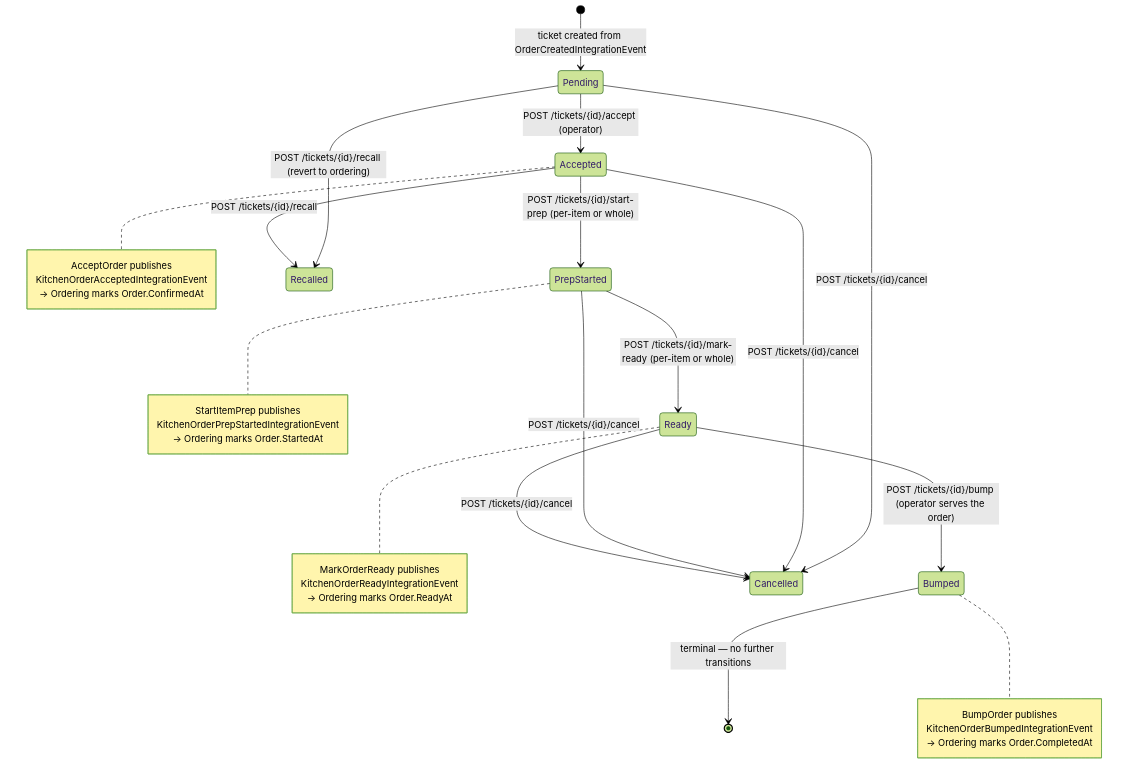
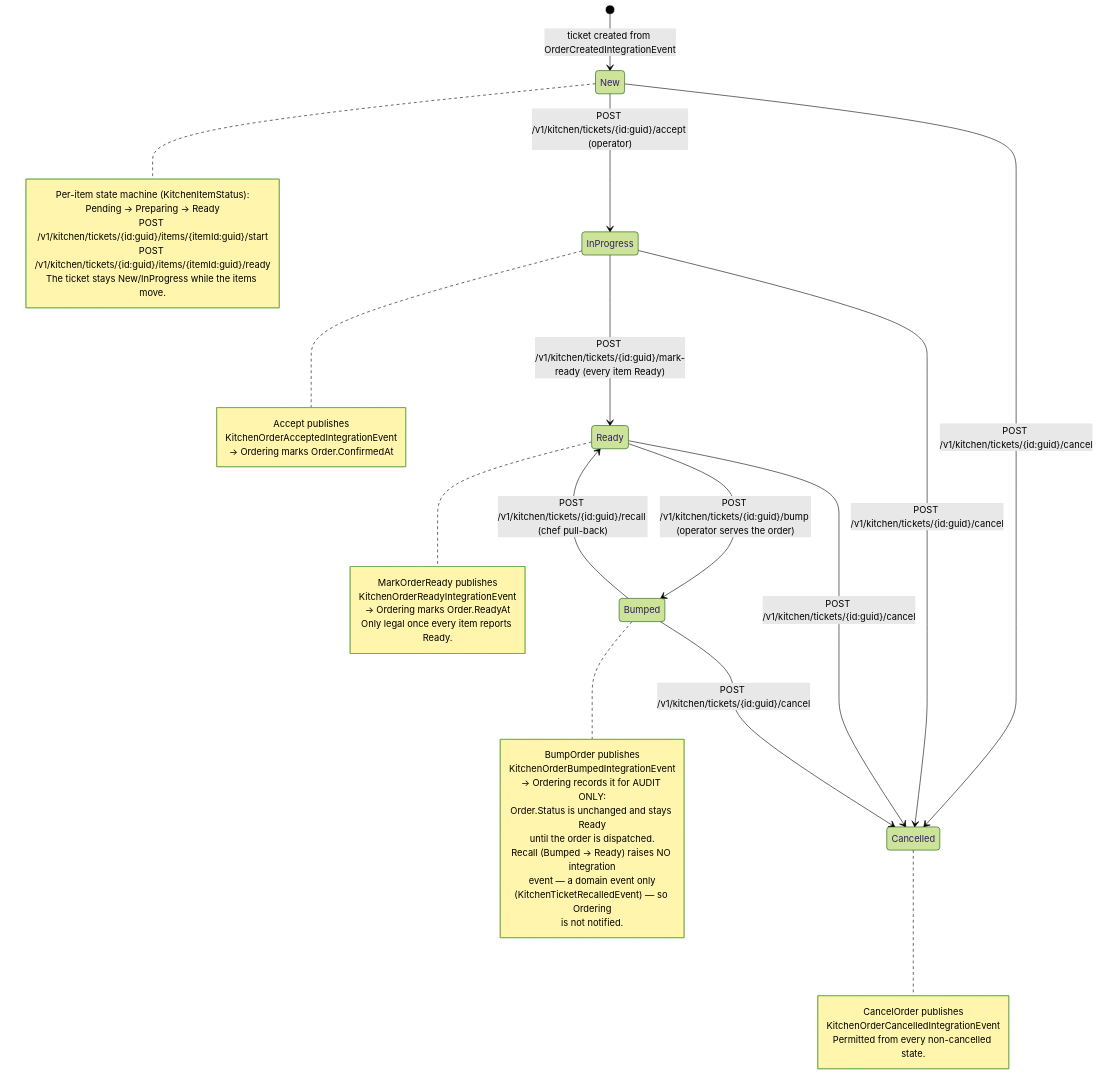
The diagram in orderly-microservices/Orderly.DevMCP.Server/resources/flows/kitchen-order-lifecycle.mmd (omartinez94/OrderlyMicroservices), drawn with Mermaid (forest theme) before and after one commit. The commit also changed 27 other files, not shown here.

```diff
--- a/orderly-microservices/Orderly.DevMCP.Server/resources/flows/kitchen-order-lifecycle.mmd
+++ b/orderly-microservices/Orderly.DevMCP.Server/resources/flows/kitchen-order-lifecycle.mmd
@@ -1,46 +1,67 @@
-%% Kitchen order lifecycle — KitchenTicket state machine triggered by
-%% the operator UI. Each transition publishes an IntegrationEvent
-%% that Ordering consumes to advance the parent Order status.
+%% Kitchen order lifecycle — the KitchenTicket state machine. Every
+%% transition is driven by the operator UI and stages an IntegrationEvent
+%% (through the outbox). Most of those events are consumed by Ordering to
+%% advance the parent Order; the bump is an audit signal only.
 %%
-%% Source of truth: KitchenTicket.cs, KitchenTicketStatus.cs,
-%%                   KitchenTicketAcceptedEvent.cs (and the 7 sibling events).
+%% Source of truth: Kitchen.API/Domain/Aggregates/KitchenTicket/KitchenTicket.cs,
+%% Kitchen.API/Domain/Enums/KitchenTicketStatus.cs,
+%% Kitchen.API/Domain/Enums/KitchenItemStatus.cs,
+%% Kitchen.API/Endpoints/{AcceptOrder,BumpOrder,CancelOrder,MarkItemReady,MarkOrderReady,RecallOrder,StartItemPrep}.cs
 %%
-%% Last reconciled to code: 2026-07-17.
+%% Traced by `trace_business_flow({flowName: 'kitchen-order-lifecycle'})`
+%% in src/tools/flow-tracing.ts, which publishes
+%% KitchenOrderAcceptedIntegrationEvent → KitchenOrderPrepStartedIntegrationEvent
+%% → KitchenOrderReadyIntegrationEvent and then reads the
+%% order-created-integration-event-handler queue depth.
+%%
+%% Last reconciled to code: 2026-10-24.
 
 stateDiagram-v2
-    [*] --> Pending : ticket created from OrderCreatedIntegrationEvent
-    Pending --> Accepted : POST /tickets/{id}/accept (operator)
-    Accepted --> PrepStarted : POST /tickets/{id}/start-prep (per-item or whole)
-    PrepStarted --> Ready : POST /tickets/{id}/mark-ready (per-item or whole)
-    Ready --> Bumped : POST /tickets/{id}/bump (operator serves the order)
-    Bumped --> [*] : terminal — no further transitions
-    Pending --> Cancelled : POST /tickets/{id}/cancel
-    Accepted --> Cancelled : POST /tickets/{id}/cancel
-    PrepStarted --> Cancelled : POST /tickets/{id}/cancel
-    Ready --> Cancelled : POST /tickets/{id}/cancel
-    Pending --> Recalled : POST /tickets/{id}/recall (revert to ordering)
-    Accepted --> Recalled : POST /tickets/{id}/recall
+    [*] --> New : ticket created from OrderCreatedIntegrationEvent
+    New --> InProgress : POST /v1/kitchen/tickets/{id:guid}/accept (operator)
+    InProgress --> Ready : POST /v1/kitchen/tickets/{id:guid}/mark-ready (every item Ready)
+    Ready --> Bumped : POST /v1/kitchen/tickets/{id:guid}/bump (operator serves the order)
+    Bumped --> Ready : POST /v1/kitchen/tickets/{id:guid}/recall (chef pull-back)
+    New --> Cancelled : POST /v1/kitchen/tickets/{id:guid}/cancel
+    InProgress --> Cancelled : POST /v1/kitchen/tickets/{id:guid}/cancel
+    Ready --> Cancelled : POST /v1/kitchen/tickets/{id:guid}/cancel
+    Bumped --> Cancelled : POST /v1/kitchen/tickets/{id:guid}/cancel
 
-    note right of Accepted
-        AcceptOrder publishes
+    note right of New
+        Per-item state machine (KitchenItemStatus):
+        Pending → Preparing → Ready
+        POST /v1/kitchen/tickets/{id:guid}/items/{itemId:guid}/start
+        POST /v1/kitchen/tickets/{id:guid}/items/{itemId:guid}/ready
+        The ticket stays New/InProgress while the items move.
+    end note
+
+    note right of InProgress
+        Accept publishes
         KitchenOrderAcceptedIntegrationEvent
         → Ordering marks Order.ConfirmedAt
-    end note
-
-    note right of PrepStarted
-        StartItemPrep publishes
-        KitchenOrderPrepStartedIntegrationEvent
-        → Ordering marks Order.StartedAt
     end note
 
     note right of Ready
         MarkOrderReady publishes
         KitchenOrderReadyIntegrationEvent
         → Ordering marks Order.ReadyAt
+        Only legal once every item reports Ready.
     end note
 
     note right of Bumped
         BumpOrder publishes
         KitchenOrderBumpedIntegrationEvent
-        → Ordering marks Order.CompletedAt
+        → Ordering records it for AUDIT ONLY:
+        Order.Status is unchanged and stays Ready
+        until the order is dispatched.
+        Recall (Bumped → Ready) raises NO integration
+        event — a domain event only
+        (KitchenTicketRecalledEvent) — so Ordering
+        is not notified.
     end note
+
+    note right of Cancelled
+        CancelOrder publishes
+        KitchenOrderCancelledIntegrationEvent
+        Permitted from every non-cancelled state.
+    end note
```
